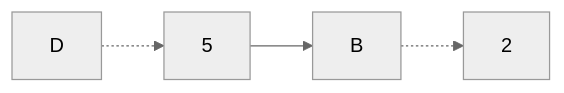
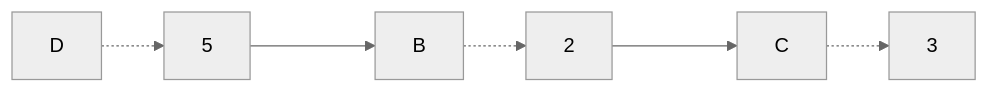
Before and after one commit to HSE-algo-23-owl/manual_tasks: the seventh of 8 diagrams in task_13/TwoPizza_task_13.md, drawn with Mermaid (neutral theme). The commit also changed other lines of this file, not shown here.

````diff
--- a/task_13/TwoPizza_task_13.md
+++ b/task_13/TwoPizza_task_13.md
@@ -122,4 +201,4 @@
 ```mermaid
 graph LR
-    D -.-> 5 --> B -.-> 2
+    D -.-> 5 ---> B -.-> 2 ---> C -.-> 3
 ```
````
